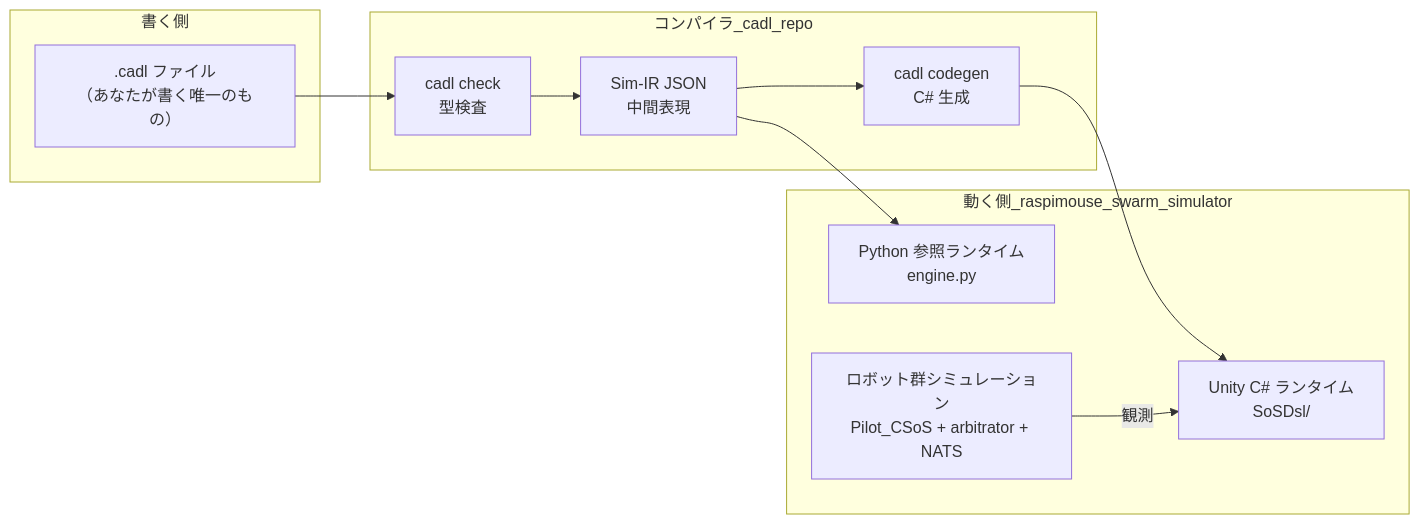
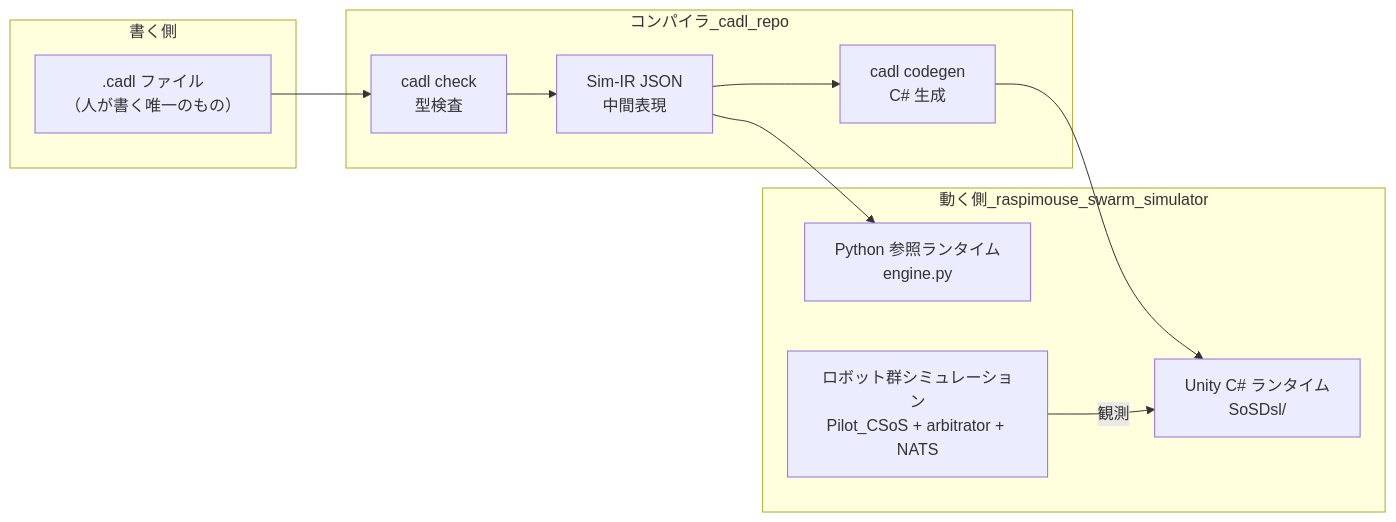
Before and after one commit to ertlnagoya/cadl-spec: the diagram in i18n/ja/docusaurus-plugin-content-docs/current/handson/code-walkthrough.md, drawn with Mermaid. The commit also changed other lines of this file and 11 other files, not shown here.

````diff
--- a/i18n/ja/docusaurus-plugin-content-docs/current/handson/code-walkthrough.md
+++ b/i18n/ja/docusaurus-plugin-content-docs/current/handson/code-walkthrough.md
@@ -15,20 +15,20 @@
 ```mermaid
 flowchart LR
   subgraph 書く側
-    CADL[".cadl ファイル<br/>（あなたが書く唯一のもの）"]
+    CADL[".cadl ファイル<br/>（人が書く唯一のもの）"]
   end
   subgraph コンパイラ_cadl_repo
     CHECK[cadl check<br/>型検査]
     IR["Sim-IR JSON<br/>中間表現"]
     GEN[cadl codegen<br/>C# 生成]
   end
   subgraph 動く側_raspimouse_swarm_simulator
     PY["Python 参照ランタイム<br/>engine.py"]
     UN["Unity C# ランタイム<br/>SoSDsl/"]
     SIM["ロボット群シミュレーション<br/>Pilot_CSoS + arbitrator + NATS"]
   end
   CADL --> CHECK --> IR
   IR --> PY
   IR --> GEN --> UN
   SIM -->|観測| UN
 ```
````
